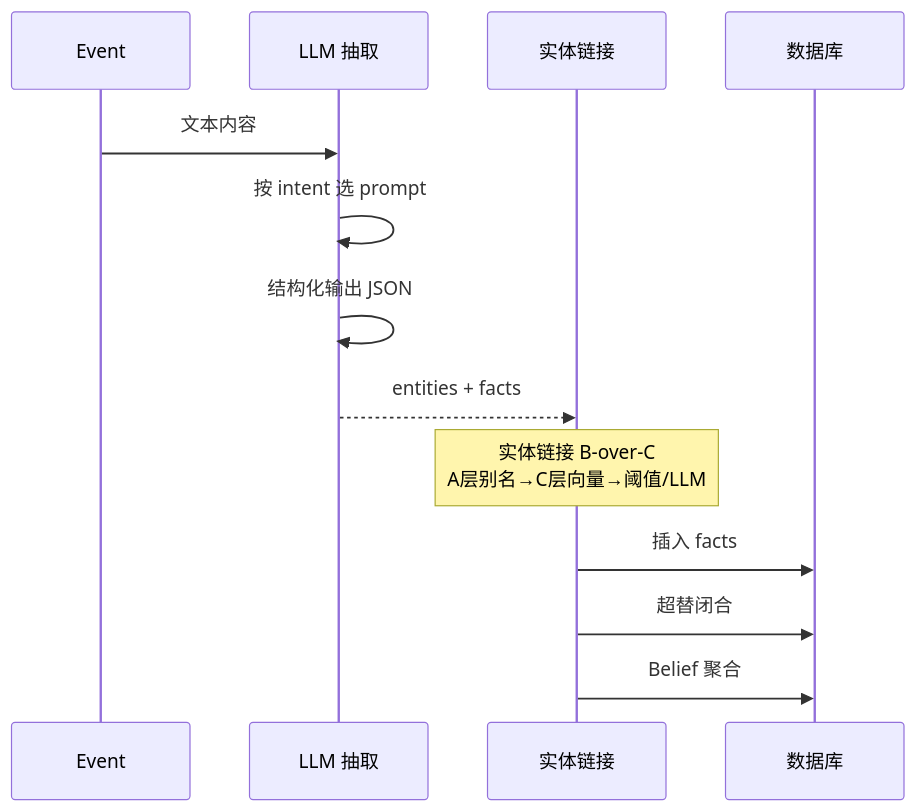
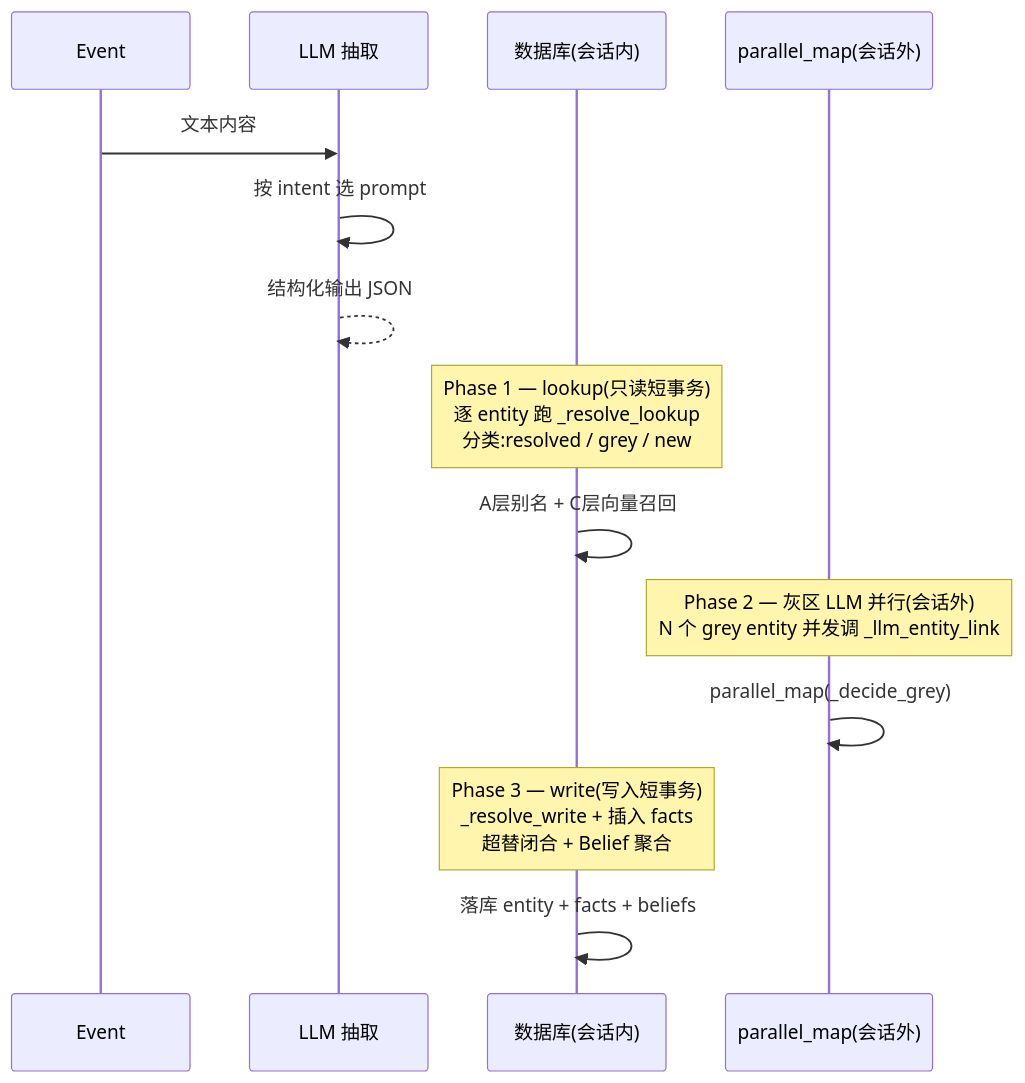
The second of 4 diagrams in source/chapters/04-extraction-pipeline.md (pty819/cortex-py-book), drawn with Mermaid before and after one commit. The commit also changed other lines of this file and 10 other files, not shown here.

````diff
--- a/source/chapters/04-extraction-pipeline.md
+++ b/source/chapters/04-extraction-pipeline.md
@@ -363,18 +374,20 @@
 ```{mermaid}
 sequenceDiagram
     participant E as Event
     participant LLM as LLM 抽取
-    participant L as 实体链接
-    participant DB as 数据库
-    
+    participant DB as 数据库(会话内)
+    participant PL as parallel_map(会话外)
+
     E->>LLM: 文本内容
     LLM->>LLM: 按 intent 选 prompt
-    LLM->>LLM: 结构化输出 JSON
-    LLM-->>L: entities + facts
-    
-    Note over L: 实体链接 B-over-C<br/>A层别名→C层向量→阈值/LLM
-    
-    L->>DB: 插入 facts
-    L->>DB: 超替闭合
-    L->>DB: Belief 聚合
+    LLM-->>LLM: 结构化输出 JSON
+
+    Note over DB: Phase 1 — lookup(只读短事务)<br/>逐 entity 跑 _resolve_lookup<br/>分类:resolved / grey / new
+    DB->>DB: A层别名 + C层向量召回
+
+    Note over PL: Phase 2 — 灰区 LLM 并行(会话外)<br/>N 个 grey entity 并发调 _llm_entity_link
+    PL->>PL: parallel_map(_decide_grey)
+
+    Note over DB: Phase 3 — write(写入短事务)<br/>_resolve_write + 插入 facts<br/>超替闭合 + Belief 聚合
+    DB->>DB: 落库 entity + facts + beliefs
 ```
````
